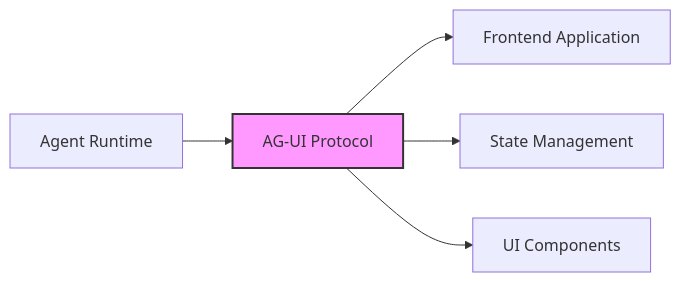
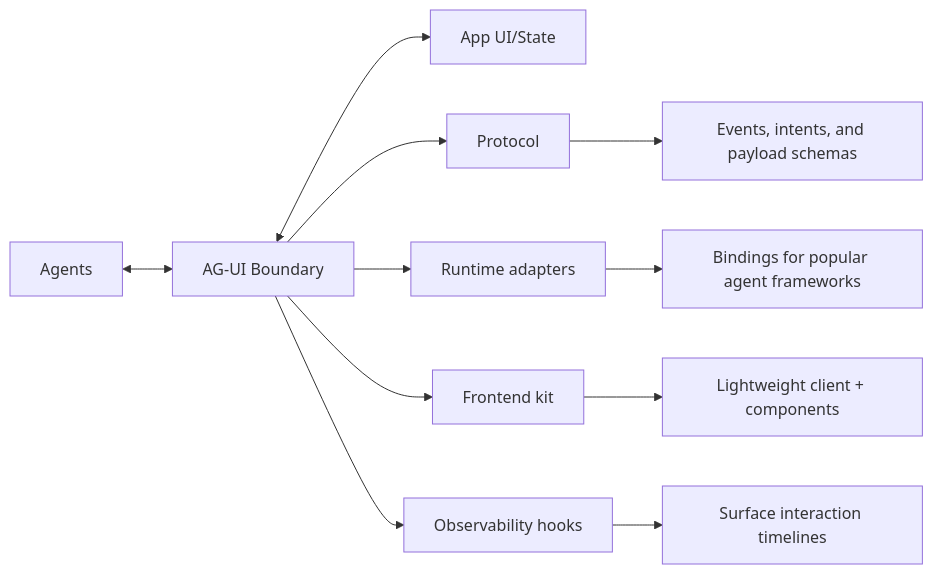
The diagram in docs/overview.mdx (ag-ui-protocol/ag-ui), drawn with Mermaid before and after one commit. The commit also changed other lines of this file and 5 other files, not shown here.

````diff
--- a/docs/overview.mdx
+++ b/docs/overview.mdx
@@ -160,9 +245,14 @@
 ```mermaid
 graph LR
-    A[Agent Runtime] --> B[AG-UI Protocol]
-    B --> C[Frontend Application]
-    B --> D[State Management]
-    B --> E[UI Components]
+    A[Agents] <--> B[AG‑UI Boundary] <--> C[App UI/State]
     
-    style B fill:#f9f,stroke:#333,stroke-width:2px
+    B --> D[Protocol]
+    B --> E[Runtime adapters]
+    B --> F[Frontend kit]
+    B --> G[Observability hooks]
+    
+    D --> H[Events, intents, and payload schemas]
+    E --> I[Bindings for popular agent frameworks]
+    F --> J[Lightweight client + components]
+    G --> K[Surface interaction timelines]
 ```
````
